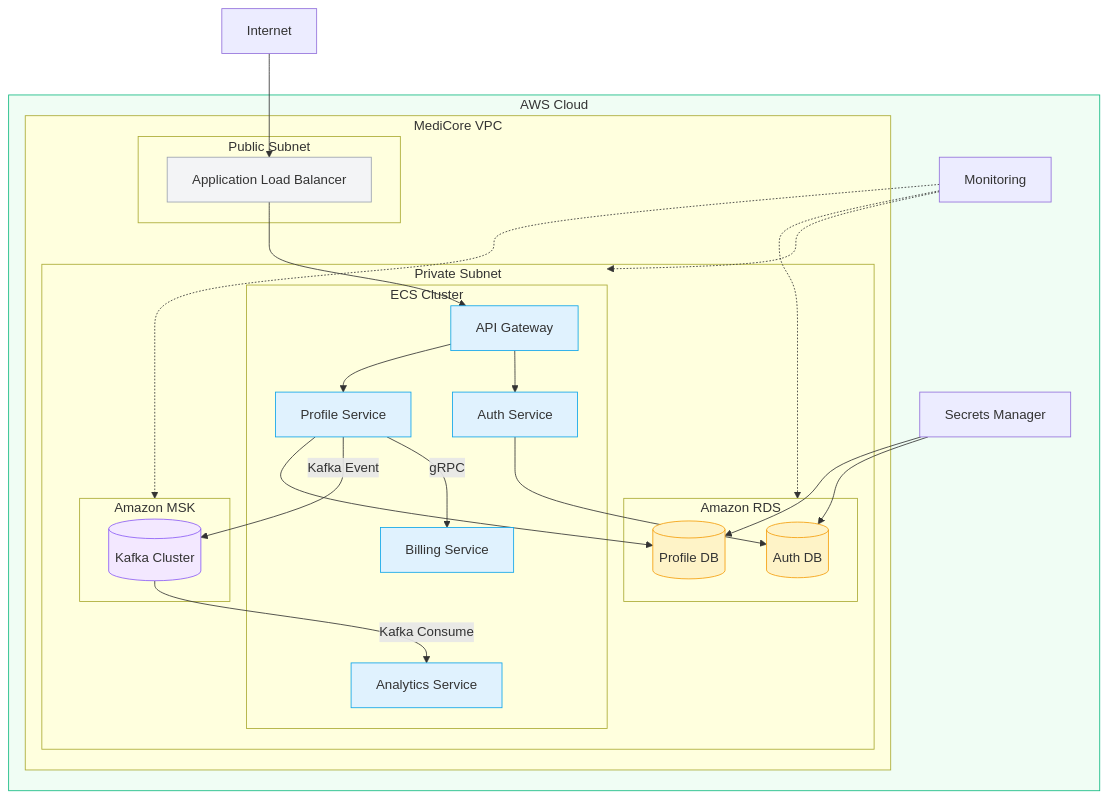
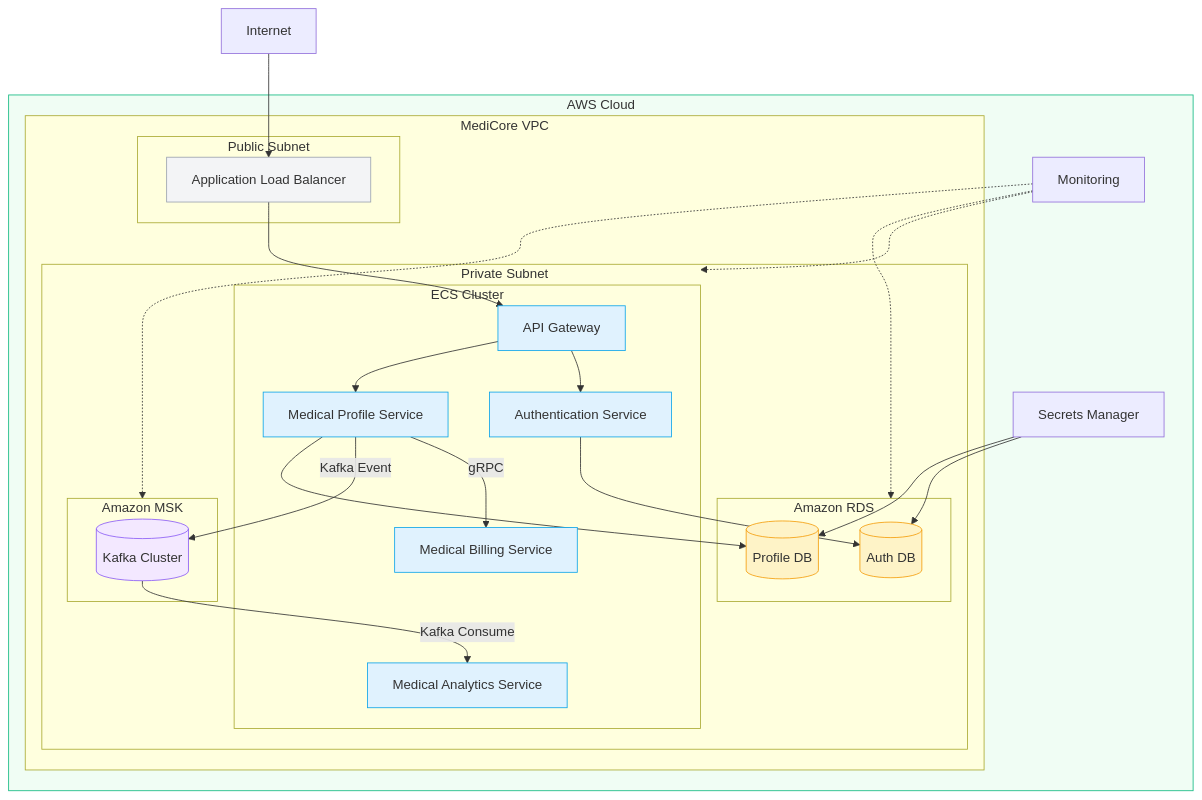
One commit to PritiAryal/MediCore changed the first of 2 diagrams in infrastructure/README.md. Above: the diagram before and after it, drawn with Mermaid. The commit also changed other lines of this file and 1 other file, not shown here.

````diff
--- a/infrastructure/README.md
+++ b/infrastructure/README.md
@@ -156,61 +156,61 @@
 ```mermaid
 flowchart TB
                 subgraph AWSCloud[AWS Cloud]
                     subgraph MediCoreVPC[MediCore VPC]
                         subgraph PublicSubnet[Public Subnet]
                             ALB[Application Load Balancer]
                         end
 
                         subgraph PrivateSubnet[Private Subnet]
                             subgraph ECSCluster[ECS Cluster]
                                 APIGW[API Gateway]
-                                AUTH[Auth Service]
-                                PROFILE[Profile Service]
-                                BILLING[Billing Service]
-                                ANALYTICS[Analytics Service]
+                                AUTH[Authentication Service]
+                                PROFILE[Medical Profile Service]
+                                BILLING[Medical Billing Service]
+                                ANALYTICS[Medical Analytics Service]
                             end
 
                             subgraph AmazonRDS[Amazon RDS]
                                 AUTHDB[(Auth DB)]
                                 PROFILEDB[(Profile DB)]
                             end
 
                             subgraph AmazonMSK[Amazon MSK]
                                 KAFKA[(Kafka Cluster)]
                             end
                         end
                     end
 
                     CW[Monitoring]
                     SM[Secrets Manager]
                 end
 
                 Internet --> ALB
                 ALB --> APIGW
                 APIGW --> AUTH
                 APIGW --> PROFILE
                 PROFILE --> |gRPC|BILLING
                 PROFILE --> |Kafka Event|KAFKA
                 KAFKA --> |Kafka Consume|ANALYTICS
 
                 AUTH --> AUTHDB
                 PROFILE --> PROFILEDB
 
                 CW -.-> ECSCluster
                 CW -.-> AmazonRDS
                 CW -.-> AmazonMSK
                 SM --> AUTHDB
                 SM --> PROFILEDB
 
                 classDef alb fill:#f3f4f6,stroke:#9ca3af;
                 classDef ecs fill:#e0f2fe,stroke:#0ea5e9;
                 classDef db fill:#fef3c7,stroke:#f59e0b;
                 classDef kafka fill:#f3e8ff,stroke:#8b5cf6;
                 classDef aws fill:#f0fdf4,stroke:#10b981;
 
                 class ALB alb;
                 class APIGW,AUTH,PROFILE,BILLING,ANALYTICS ecs;
                 class AUTHDB,PROFILEDB db;
                 class KAFKA kafka;
                 class AWSCloud aws;
 ```
````
